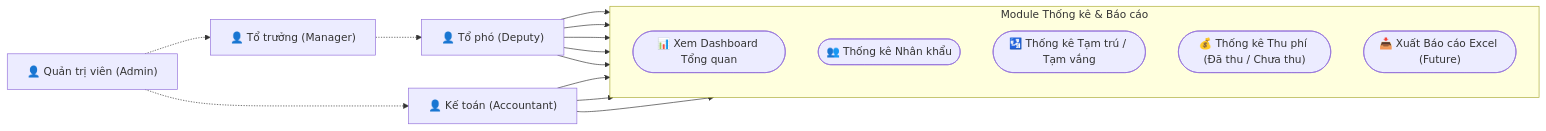
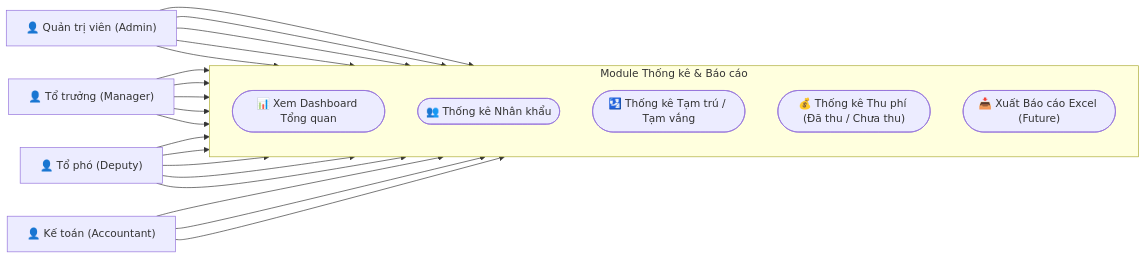
One commit to anhtranguyen-github/DarkSun changed the diagram in specs/usecases/usecase_statistics.md. Above: the diagram before and after it, drawn with Mermaid. The commit also changed other lines of this file and 4 other files, not shown here.

````diff
--- a/specs/usecases/usecase_statistics.md
+++ b/specs/usecases/usecase_statistics.md
@@ -3,35 +3,44 @@
 ```mermaid
 graph LR
     %% Actors
     Manager["👤 Tổ trưởng (Manager)"]
     Deputy["👤 Tổ phó (Deputy)"]
     Accountant["👤 Kế toán (Accountant)"]
     Admin["👤 Quản trị viên (Admin)"]
 
     %% System
     subgraph Module ["Module Thống kê & Báo cáo"]
         direction TB
         UC_Dashboard(["📊 Xem Dashboard Tổng quan"])
         UC_StatResident(["👥 Thống kê Nhân khẩu"])
         UC_StatTemp(["🛂 Thống kê Tạm trú / Tạm vắng"])
         UC_StatFees(["💰 Thống kê Thu phí (Đã thu / Chưa thu)"])
         UC_Export(["📥 Xuất Báo cáo Excel (Future)"])
     end
     
-    %% Inheritance
-    Admin -.-> Manager
-    Manager -.-> Deputy
-    Admin -.-> Accountant
+    %% Relationships - Admin (Full Access)
+    Admin --> UC_Dashboard
+    Admin --> UC_StatResident
+    Admin --> UC_StatTemp
+    Admin --> UC_StatFees
+    Admin --> UC_Export
+
+    %% Relationships - Manager (Full Access)
+    Manager --> UC_Dashboard
+    Manager --> UC_StatResident
+    Manager --> UC_StatTemp
+    Manager --> UC_StatFees
+    Manager --> UC_Export
 
     %% Relationships - Deputy (Broad Access)
     Deputy --> UC_Dashboard
     Deputy --> UC_StatResident
     Deputy --> UC_StatTemp
     Deputy --> UC_StatFees
     Deputy --> UC_Export
 
     %% Relationships - Accountant (Financial Focus)
     Accountant --> UC_Dashboard
     Accountant --> UC_StatFees
     Accountant --> UC_Export
 ```
````
